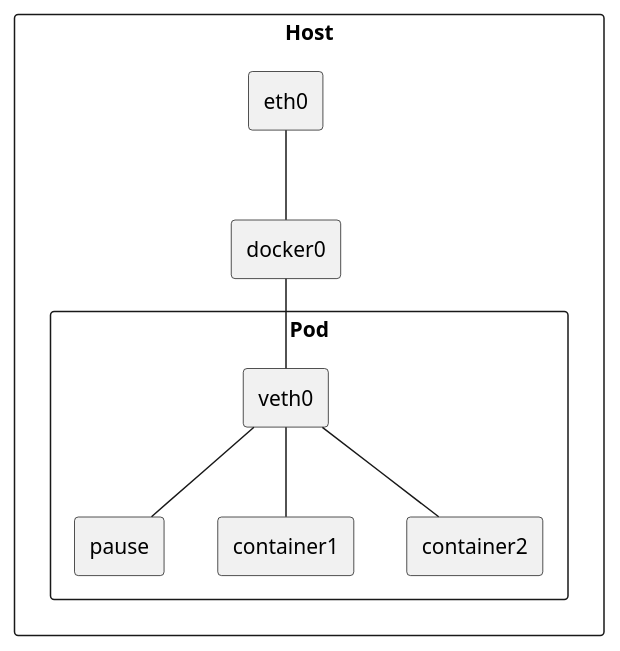
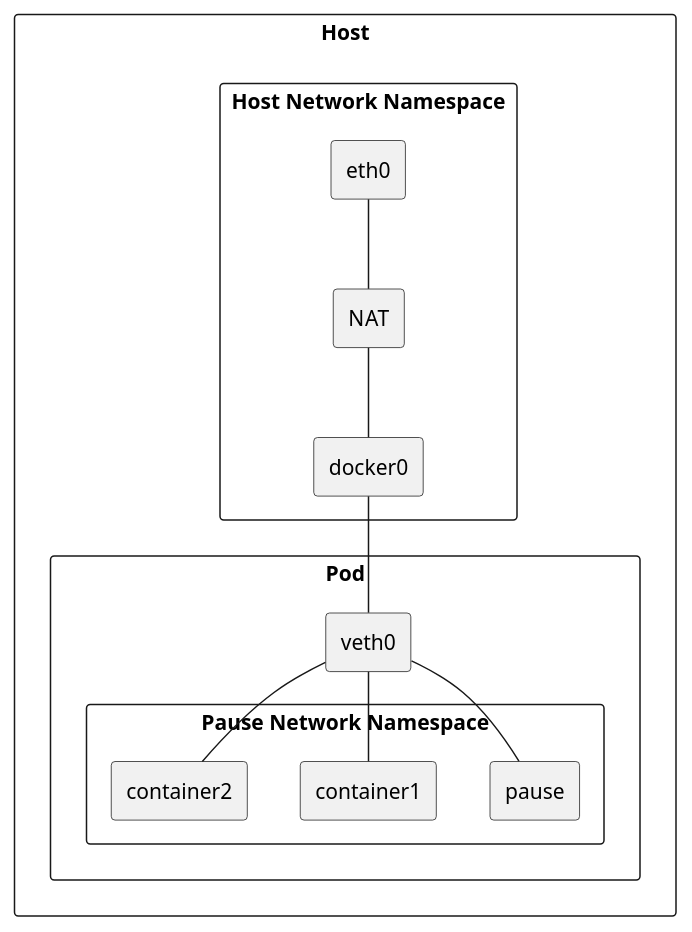
Before and after one commit to windowforsun/blog: the diagram in plantuml/kubernetes/concept-networking-pod-1.plantuml, drawn with PlantUML. The commit also changed 6 other files, not shown here.

```diff
--- a/plantuml/kubernetes/concept-networking-pod-1.plantuml
+++ b/plantuml/kubernetes/concept-networking-pod-1.plantuml
@@ -1,27 +1,37 @@
 @startuml
 
 rectangle "Host" {
+rectangle "Host Network Namespace" {
+
 	rectangle "eth0" as host_eth0 {
 
 	}
 
+	rectangle "NAT" as host_nat {
+
+	}
 	rectangle "docker0" as host_docker0 {
 	}
 
+}
 	rectangle "Pod" as pod {
 		rectangle "veth0" as pod_veth0
+
+		rectangle "Pause Network Namespace" {
 
 		rectangle "pause" as pod_pause
 		rectangle "container1" as pod_container1
 		rectangle "container2" as pod_container2
+		}
 	}
 
-	host_eth0 -- host_docker0
+	host_eth0 -- host_nat
+	host_nat -- host_docker0
 	host_docker0 -- pod_veth0
 	pod_veth0 -- pod_pause
 	pod_veth0 -- pod_container1
 	pod_veth0 -- pod_container2
 }
 
 
 @enduml
```
